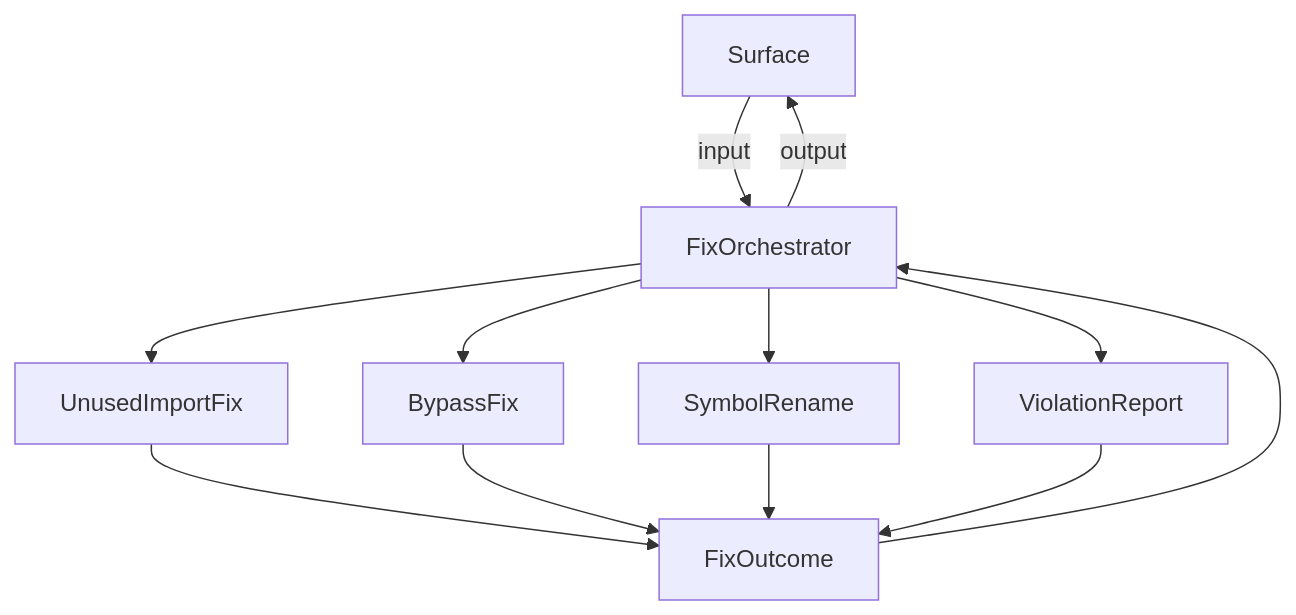
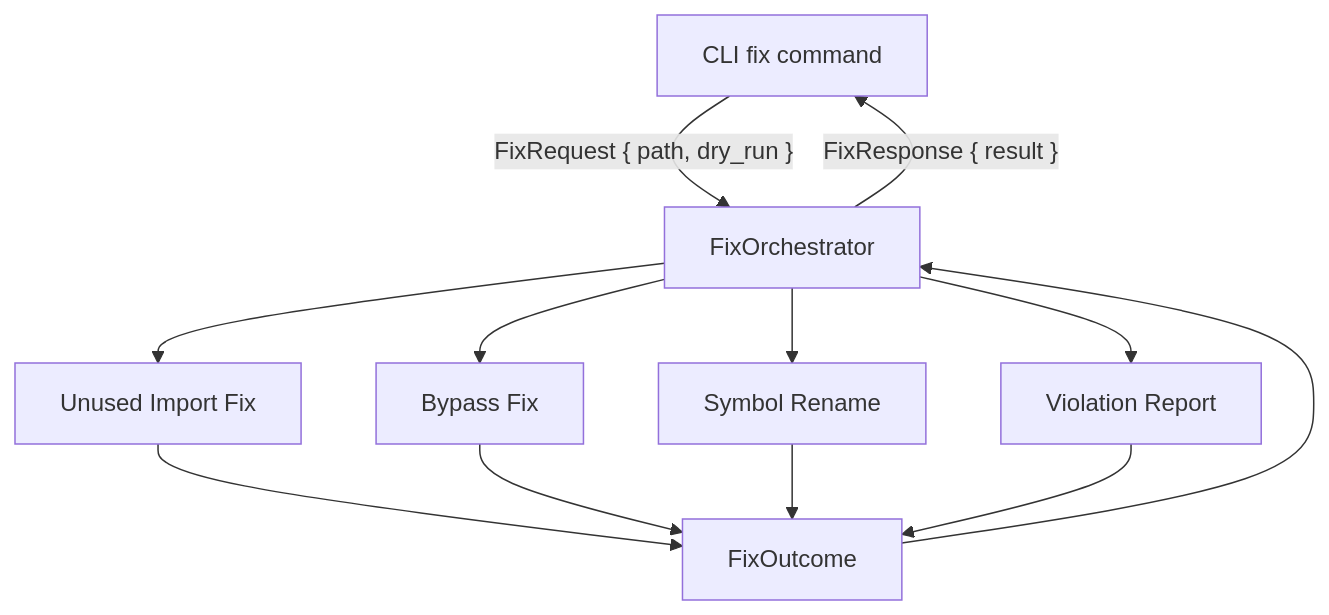
Before and after one commit to rakaarwaky/lint-arwaky: the diagram in crates/auto-fix/FRD.md, drawn with Mermaid. The commit also changed other lines of this file and 235 other files, not shown here.

First line of the commit message:
Restructure ARCHITECTURE.md to 8-H2 canonical layout (#1209)

````diff
--- a/crates/auto-fix/FRD.md
+++ b/crates/auto-fix/FRD.md
@@ -23,14 +5,14 @@
 ```mermaid
 flowchart TD
-    A["Surface"] -->|input| B["FixOrchestrator"]
-    B --> C1["UnusedImportFix"]
-    B --> C2["BypassFix"]
-    B --> C3["SymbolRename"]
-    B --> C4["ViolationReport"]
+    A["CLI fix command"] -->|"FixRequest { path, dry_run }"| B["FixOrchestrator"]
+    B --> C1["Unused Import Fix"]
+    B --> C2["Bypass Fix"]
+    B --> C3["Symbol Rename"]
+    B --> C4["Violation Report"]
     C1 --> I["FixOutcome"]
     C2 --> I
     C3 --> I
     C4 --> I
     I --> B
-    B -->|output| A
+    B -->|"FixResponse { result }"| A
 ```
````
